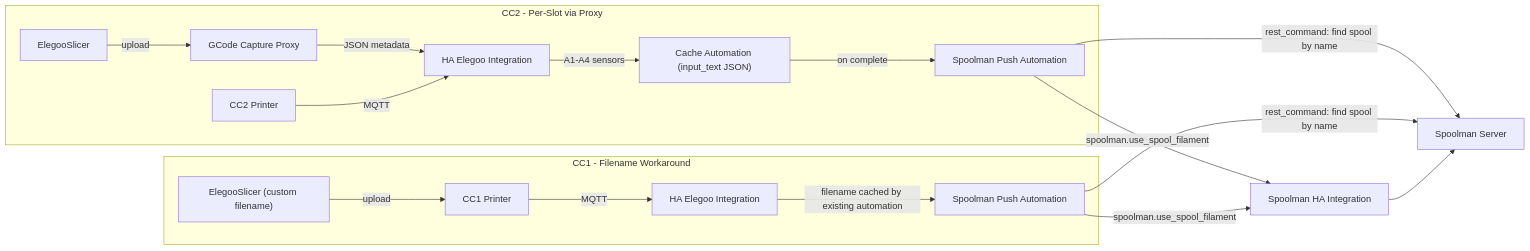
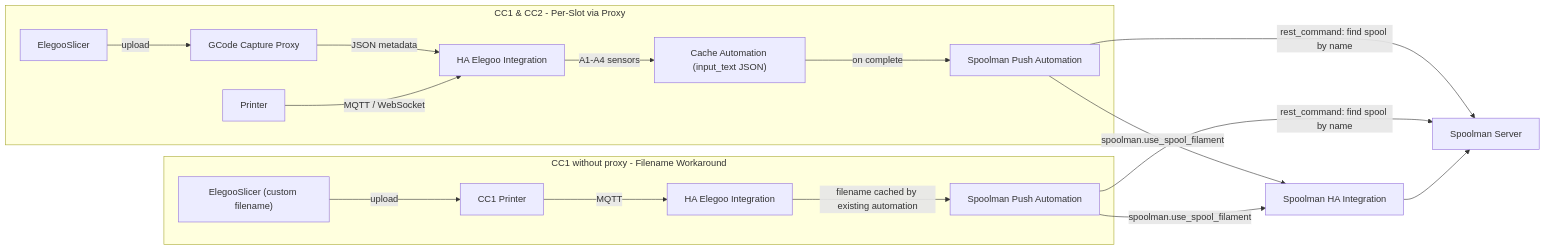
The diagram in SPOOLMAN.md (danielcherubini/elegoo-homeassistant), drawn with Mermaid before and after one commit. The commit also changed other lines of this file and 52 other files, not shown here.

````diff
--- a/SPOOLMAN.md
+++ b/SPOOLMAN.md
@@ -25,24 +25,24 @@
 ```mermaid
 flowchart LR
-  subgraph cc2Flow [CC2 - Per-Slot via Proxy]
+  subgraph cc2Flow [CC1 & CC2 - Per-Slot via Proxy]
     Slicer2[ElegooSlicer] -->|upload| Proxy[GCode Capture Proxy]
     Proxy -->|JSON metadata| HAElegoo2[HA Elegoo Integration]
-    CC2Printer[CC2 Printer] -->|MQTT| HAElegoo2
+    CC2Printer[Printer] -->|"MQTT / WebSocket"| HAElegoo2
     HAElegoo2 -->|"A1-A4 sensors"| Cache2["Cache Automation (input_text JSON)"]
     Cache2 -->|"on complete"| Auto2[Spoolman Push Automation]
   end
 
-  subgraph cc1Flow [CC1 - Filename Workaround]
+  subgraph cc1Flow [CC1 without proxy - Filename Workaround]
     Slicer1["ElegooSlicer (custom filename)"] -->|upload| CC1Printer[CC1 Printer]
     CC1Printer -->|MQTT| HAElegoo1[HA Elegoo Integration]
     HAElegoo1 -->|"filename cached by existing automation"| Auto1[Spoolman Push Automation]
   end
 
   SpoolmanServer["Spoolman Server"]
 
   Auto2 -->|"rest_command: find spool by name"| SpoolmanServer
   Auto1 -->|"rest_command: find spool by name"| SpoolmanServer
   Auto2 -->|"spoolman.use_spool_filament"| SpoolmanHA[Spoolman HA Integration]
   Auto1 -->|"spoolman.use_spool_filament"| SpoolmanHA
   SpoolmanHA --> SpoolmanServer
 ```
````
